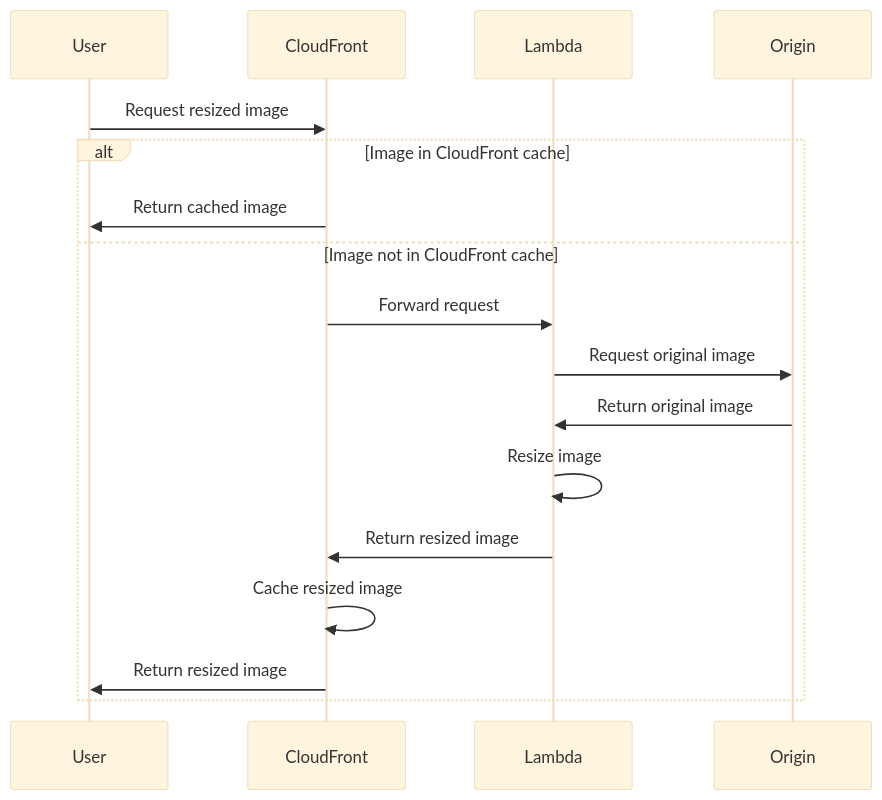
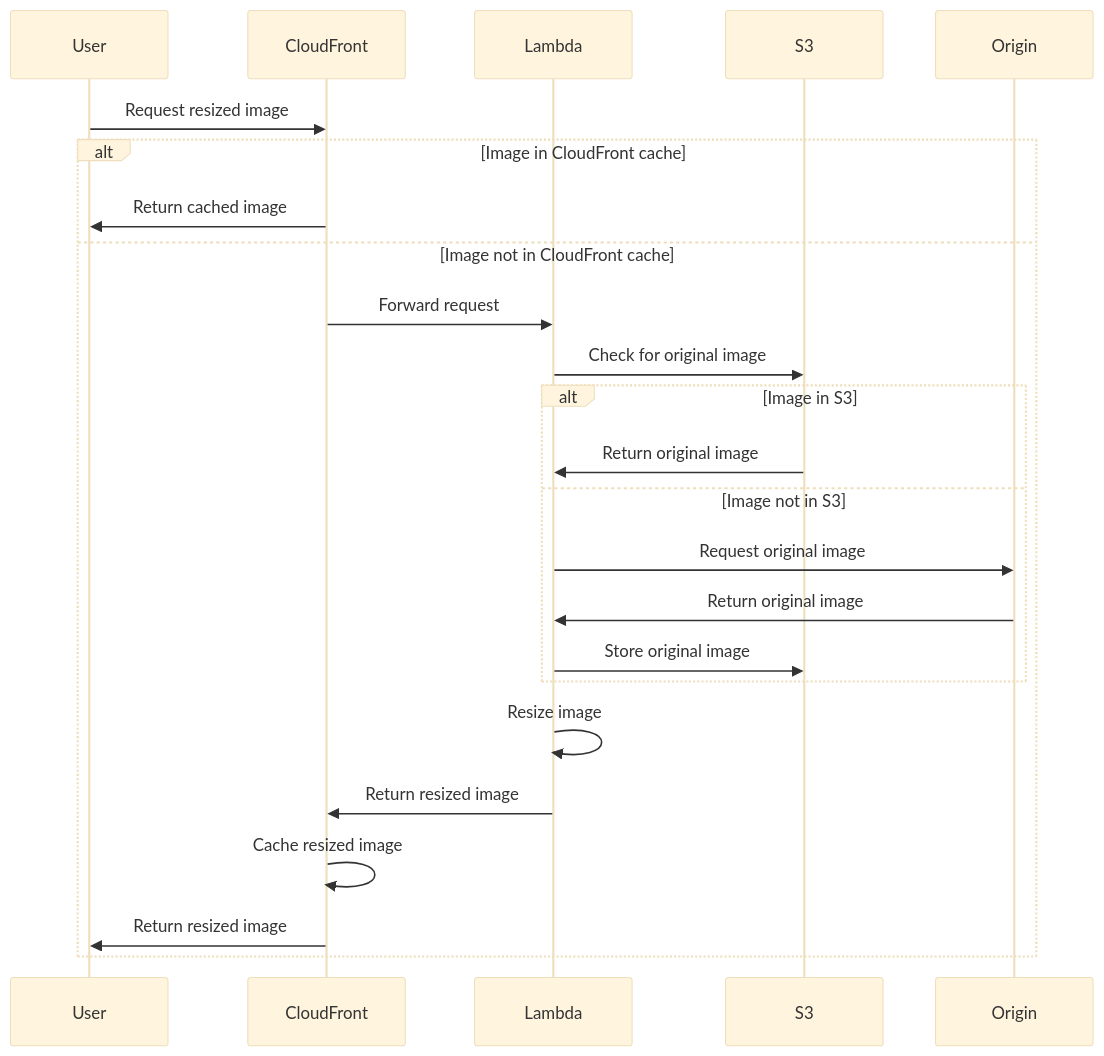
The diagram in README.md (bauerxcelmedia/tachyon), drawn with Mermaid (base theme) before and after one commit.

````diff
--- a/README.md
+++ b/README.md
@@ -75,20 +75,27 @@
 ```mermaid
 sequenceDiagram
     participant User
     participant CloudFront
     participant Lambda
+    participant S3
     participant Origin
 
     User->>CloudFront: Request resized image
     alt Image in CloudFront cache
         CloudFront->>User: Return cached image
     else Image not in CloudFront cache
         CloudFront->>Lambda: Forward request
-        Lambda->>Origin: Request original image
-        Origin->>Lambda: Return original image
+        Lambda->>S3: Check for original image
+        alt Image in S3
+            S3->>Lambda: Return original image
+        else Image not in S3
+            Lambda->>Origin: Request original image
+            Origin->>Lambda: Return original image
+            Lambda->>S3: Store original image
+        end
         Lambda->>Lambda: Resize image
         Lambda->>CloudFront: Return resized image
         CloudFront->>CloudFront: Cache resized image
         CloudFront->>User: Return resized image
     end
 ```
````
